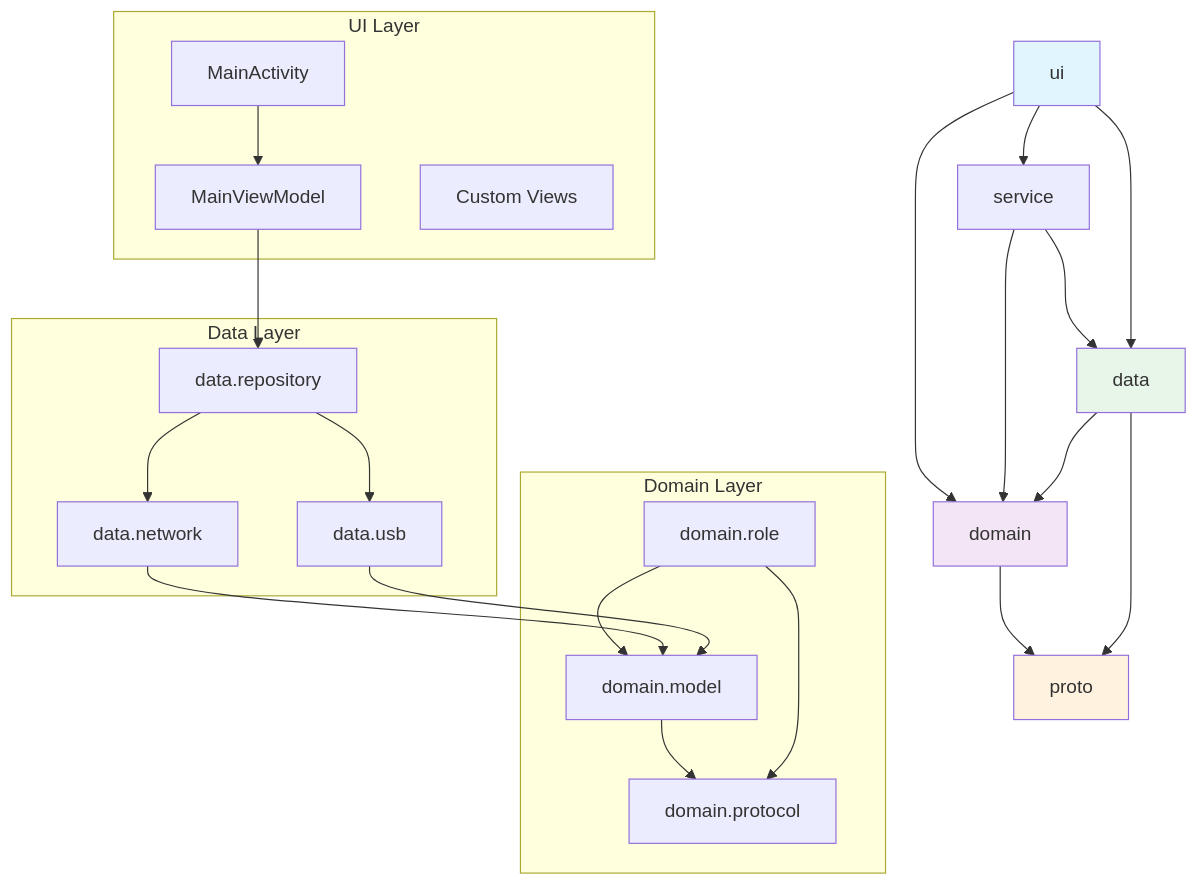
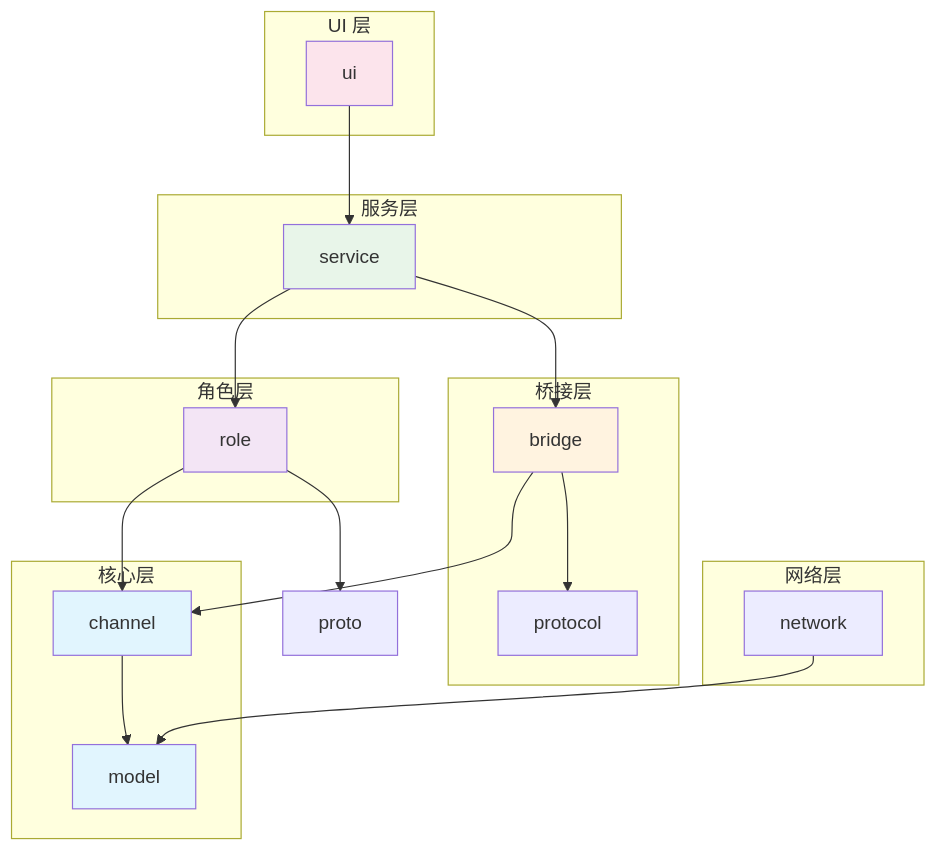
Before and after one commit to pitate7777777/CarLifeWirelessBox: the first of 3 diagrams in docs/ARCHITECTURE.md, drawn with Mermaid. The commit also changed other lines of this file and 2 other files, not shown here.

````diff
--- a/docs/ARCHITECTURE.md
+++ b/docs/ARCHITECTURE.md
@@ -150,43 +125,45 @@
 ```mermaid
 graph TD
     UI[ui] --> Service[service]
-    UI --> Domain[domain]
-    Service --> Domain
-    Service --> Data[data]
-    Domain --> Proto[proto]
-    Data --> Domain
-    Data --> Proto
-    UI --> Data
-    
-    subgraph "Domain Layer"
-        Model[domain.model]
-        Protocol[domain.protocol]
-        Role[domain.role]
-        Model --> Protocol
-        Role --> Protocol
-        Role --> Model
+    Service --> Role[role]
+    Service --> Bridge[bridge]
+    Role --> Channel[channel]
+    Role --> Proto[proto]
+    Bridge --> Channel
+    Bridge --> Protocol[protocol]
+    Channel --> Model[model]
+    Network[network] --> Model
+
+    subgraph "核心层"
+        Channel
+        Model
     end
-    
-    subgraph "Data Layer"
-        Network[data.network]
-        USB[data.usb]
-        Repo[data.repository]
-        Network --> Model
-        USB --> Model
-        Repo --> Network
-        Repo --> USB
+
+    subgraph "角色层"
+        Role
     end
-    
-    subgraph "UI Layer"
-        Activity[MainActivity]
-        ViewModel[MainViewModel]
-        View[Custom Views]
-        Activity --> ViewModel
-        ViewModel --> Repo
+
+    subgraph "桥接层"
+        Bridge
+        Protocol
     end
-    
-    style UI fill:#e1f5fe
-    style Domain fill:#f3e5f5
-    style Data fill:#e8f5e9
-    style Proto fill:#fff3e0
+
+    subgraph "服务层"
+        Service
+    end
+
+    subgraph "UI 层"
+        UI
+    end
+
+    subgraph "网络层"
+        Network
+    end
+
+    style Channel fill:#e1f5fe
+    style Model fill:#e1f5fe
+    style Role fill:#f3e5f5
+    style Bridge fill:#fff3e0
+    style Service fill:#e8f5e9
+    style UI fill:#fce4ec
 ```
````
